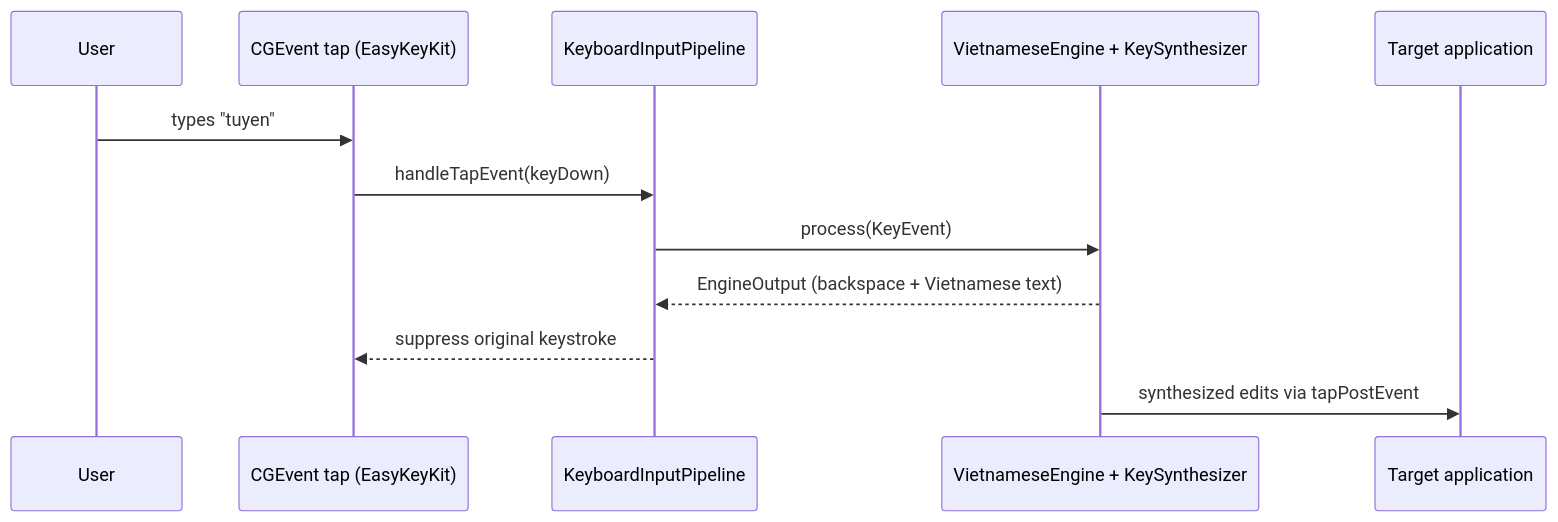
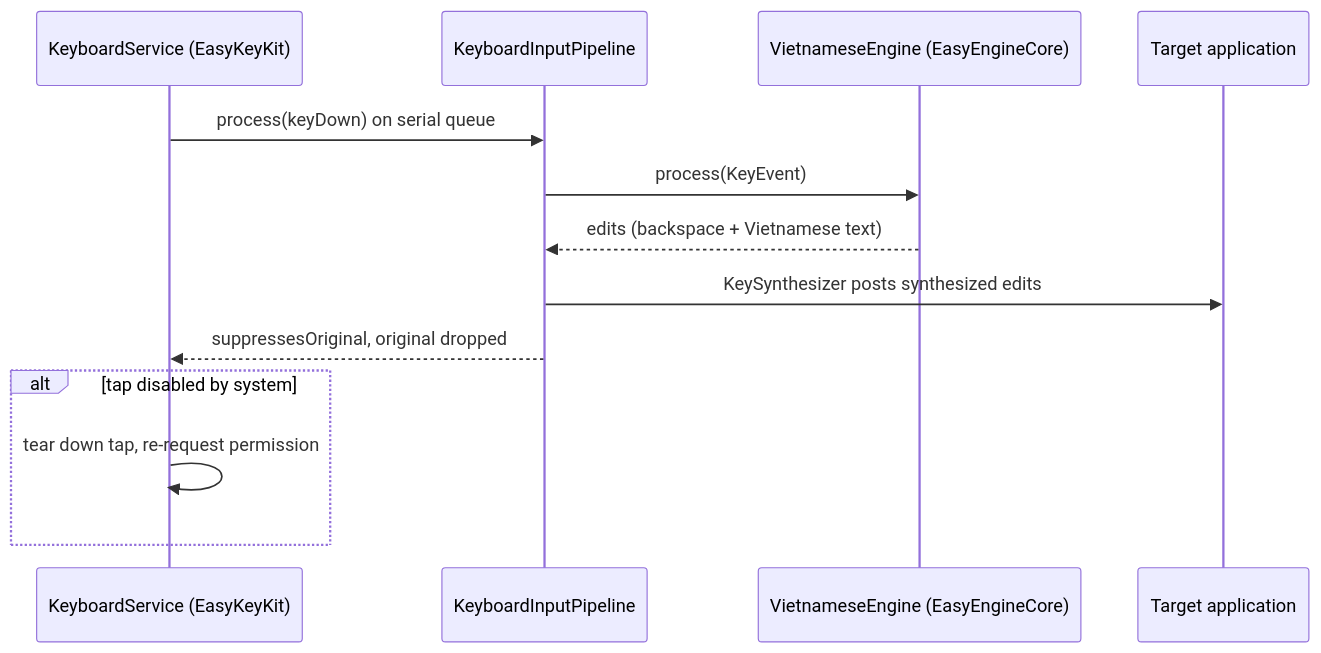
Before and after one commit to jonaskahn/EasyKey: the second of 2 diagrams in docs/architecture/system-overview.md, drawn with Mermaid. The commit also changed other lines of this file and 54 other files, not shown here.

````diff
--- a/docs/architecture/system-overview.md
+++ b/docs/architecture/system-overview.md
@@ -85,14 +20,15 @@
 ```mermaid
 sequenceDiagram
-  participant User as User
-  participant Tap as CGEvent tap (EasyKeyKit)
+  participant Service as KeyboardService (EasyKeyKit)
   participant Pipeline as KeyboardInputPipeline
-  participant Engine as VietnameseEngine + KeySynthesizer
+  participant Engine as VietnameseEngine (EasyEngineCore)
   participant Target as Target application
-  User->>Tap: types "tuyen"
-  Tap->>Pipeline: handleTapEvent(keyDown)
+  Service->>Pipeline: process(keyDown) on serial queue
   Pipeline->>Engine: process(KeyEvent)
-  Engine-->>Pipeline: EngineOutput (backspace + Vietnamese text)
-  Pipeline-->>Tap: suppress original keystroke
-  Engine->>Target: synthesized edits via tapPostEvent
+  Engine-->>Pipeline: edits (backspace + Vietnamese text)
+  Pipeline->>Target: KeySynthesizer posts synthesized edits
+  Pipeline-->>Service: suppressesOriginal, original dropped
+  alt tap disabled by system
+    Service->>Service: tear down tap, re-request permission
+  end
 ```
````
